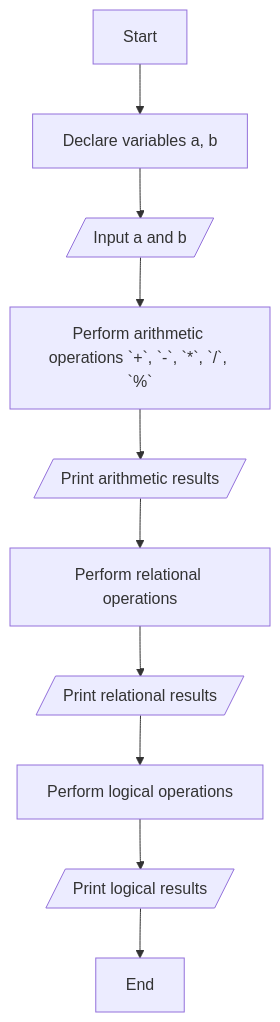
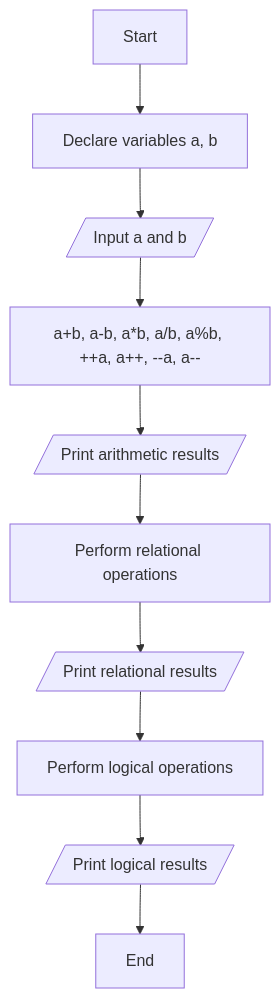
One commit to Vinit-source/Programming-for-problem-solving changed the diagram in P2 - Arithmetic, Relational and Logical Operators.md. Above: the diagram before and after it, drawn with Mermaid. The commit also changed other lines of this file, not shown here.

Commit message:
P2 - Arithmetic, Relational and Logical Operators.md updated from https://stackedit.io/

````diff
--- a/P2 - Arithmetic, Relational and Logical Operators.md
+++ b/P2 - Arithmetic, Relational and Logical Operators.md
@@ -28,12 +28,12 @@
 ```mermaid
 graph TD;
     A[Start] --> B[Declare variables a, b];
     B--> AB[/Input a and b/];
-    AB --> C[Perform arithmetic operations `+`, `-`, `*`, `/`, `%`];
+    AB --> C[a+b, a-b, a*b, a/b, a%b, ++a, a++, --a, a--];
     C --> D[/Print arithmetic results/];
     D --> E[Perform relational operations];
     E --> F[/Print relational results/];
     F --> G[Perform logical operations];
     G --> H[/Print logical results/];
     H --> I[End];
 ```
````
